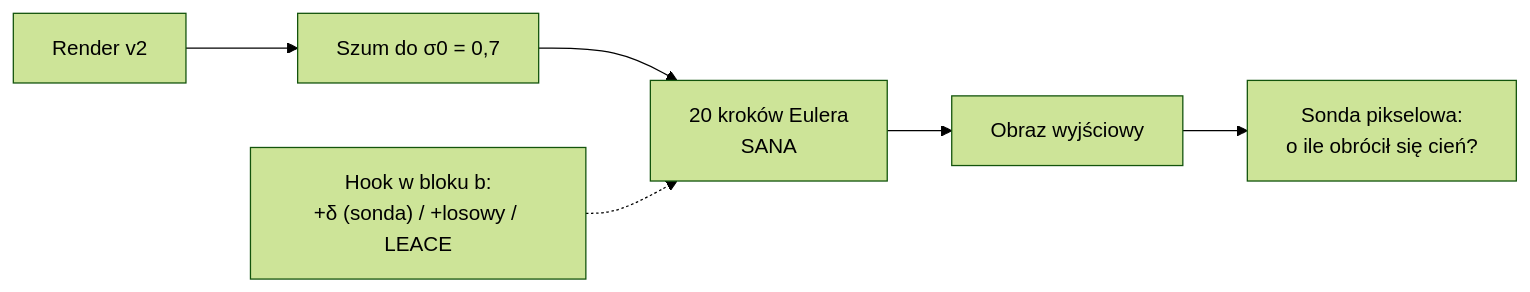
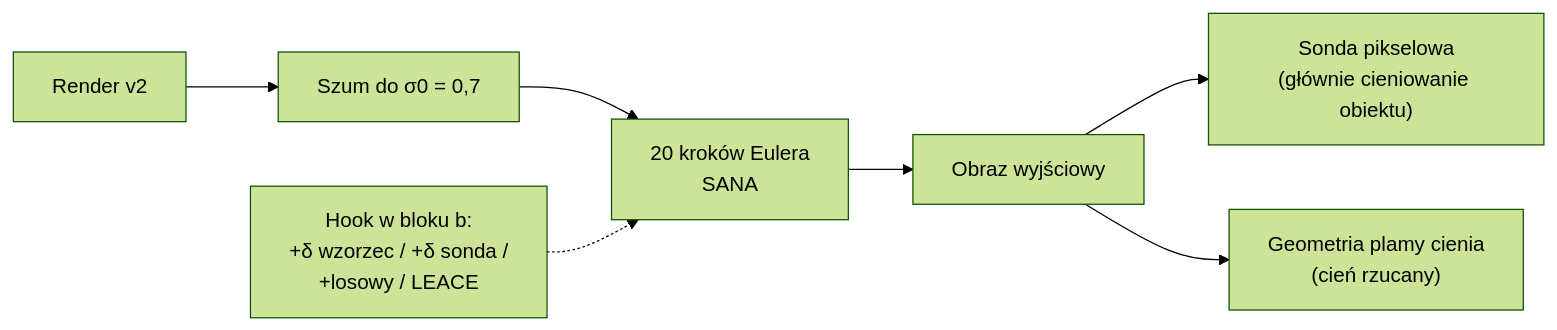
The third of 3 diagrams in docs/STAN_PRAC.md (FilipLangiewicz/DoesDiffusionLearn3D), drawn with Mermaid (forest theme) before and after one commit. The commit also changed other lines of this file, not shown here.

````diff
--- a/docs/STAN_PRAC.md
+++ b/docs/STAN_PRAC.md
@@ -140,8 +94,9 @@
 ```mermaid
 flowchart LR
-    R[Render v2] --> N["Szum do σ0 = 0,7"]
+    R["Render v2"] --> N["Szum do σ0 = 0,7"]
     N --> S["20 kroków Eulera<br/>SANA"]
-    H["Hook w bloku b:<br/>+δ (sonda) / +losowy / LEACE"] -.-> S
-    S --> O[Obraz wyjściowy]
-    O --> P["Sonda pikselowa:<br/>o ile obrócił się cień?"]
+    H["Hook w bloku b:<br/>+δ wzorzec / +δ sonda /<br/>+losowy / LEACE"] -.-> S
+    S --> O["Obraz wyjściowy"]
+    O --> P1["Sonda pikselowa<br/>(głównie cieniowanie obiektu)"]
+    O --> P2["Geometria plamy cienia<br/>(cień rzucany)"]
 ```
````
